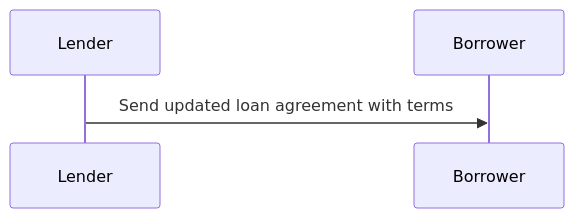
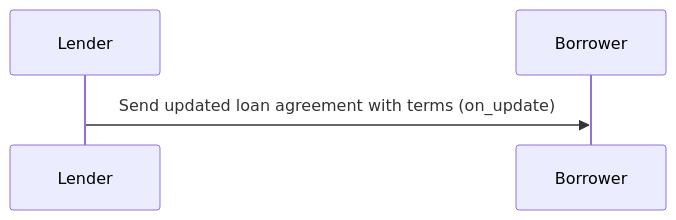
One commit to beckn/financial-services changed the ninth of 11 diagrams in docs/Generic-Credit-Application-Workflow.md. Above: the diagram before and after it, drawn with Mermaid. The commit also changed other lines of this file, not shown here.

````diff
--- a/docs/Generic-Credit-Application-Workflow.md
+++ b/docs/Generic-Credit-Application-Workflow.md
@@ -164,4 +209,4 @@
 ```mermaid
     sequenceDiagram
-    Lender->>Borrower: Send updated loan agreement with terms
+    Lender->>Borrower: Send updated loan agreement with terms (on_update)
 ```
````
